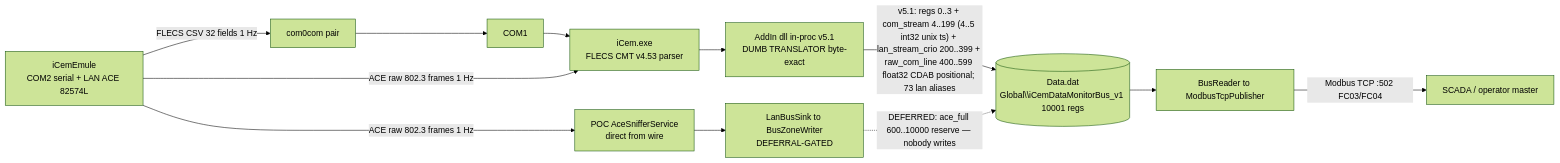
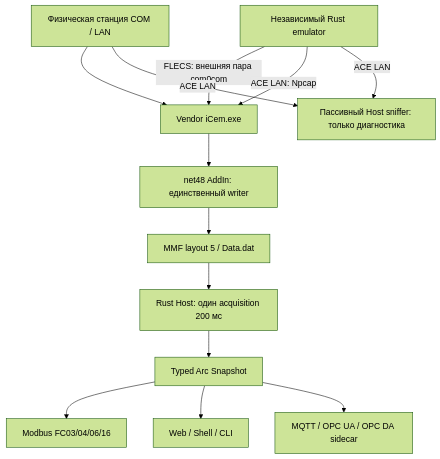
The diagram in specs/stand_topology.mmd (boogy777-lgtm/iCemDataMonitor), drawn with Mermaid (forest theme) before and after one commit. The commit also changed 65 other files, not shown here.

Commit message:
docs: finalize software architecture, operator guidance and legacy retirement

```diff
--- a/specs/stand_topology.mmd
+++ b/specs/stand_topology.mmd
@@ -1,23 +1,13 @@
-flowchart LR
-    EMU["iCemEmule<br/>COM2 serial + LAN ACE 82574L"]
-    C0C["com0com pair"]
-    COM1["COM1"]
-    ICEM["iCem.exe<br/>FLECS CMT v4.53 parser"]
-    ADDIN["AddIn dll in-proc v5.1<br/>DUMB TRANSLATOR byte-exact"]
-    BUS[("Data.dat<br/>Global\\iCemDataMonitorBus_v1 10001 regs")]
-    SNIFF["POC AceSnifferService<br/>direct from wire"]
-    SINK["LanBusSink to BusZoneWriter<br/>DEFERRAL-GATED"]
-    READER["BusReader to ModbusTcpPublisher"]
-    OPERATOR["SCADA / operator master"]
-
-    EMU -->|"FLECS CSV 32 fields 1 Hz"| C0C
-    C0C --> COM1
-    COM1 --> ICEM
-    EMU -->|"ACE raw 802.3 frames 1 Hz"| ICEM
-    EMU -->|"ACE raw 802.3 frames 1 Hz"| SNIFF
-    ICEM --> ADDIN
-    ADDIN -->|"v5.1: regs 0..3 + com_stream 4..199 (4..5 int32 unix ts) + lan_stream_crio 200..399 + raw_com_line 400..599 float32 CDAB positional; 73 lan aliases"| BUS
-    SNIFF --> SINK
-    SINK -.->|"DEFERRED: ace_full 600..10000 reserve — nobody writes"| BUS
-    BUS --> READER
-    READER -->|"Modbus TCP :502 FC03/FC04"| OPERATOR
+flowchart TD
+    PHYS["Физическая станция COM / LAN"] --> ICEM["Vendor iCem.exe"]
+    EMU["Независимый Rust emulator"] -->|"FLECS: внешняя пара com0com"| ICEM
+    EMU -->|"ACE LAN: Npcap"| ICEM
+    ICEM --> ADDIN["net48 AddIn: единственный writer"]
+    ADDIN --> BUS["MMF layout 5 / Data.dat"]
+    BUS --> HOST["Rust Host: один acquisition 200 мс"]
+    HOST --> SNAP["Typed Arc Snapshot"]
+    SNAP --> MODBUS["Modbus FC03/04/06/16"]
+    SNAP --> WEB["Web / Shell / CLI"]
+    SNAP --> PUB["MQTT / OPC UA / OPC DA sidecar"]
+    EMU -->|"ACE LAN"| SNIFF["Пассивный Host sniffer: только диагностика"]
+    PHYS -->|"ACE LAN"| SNIFF
```
